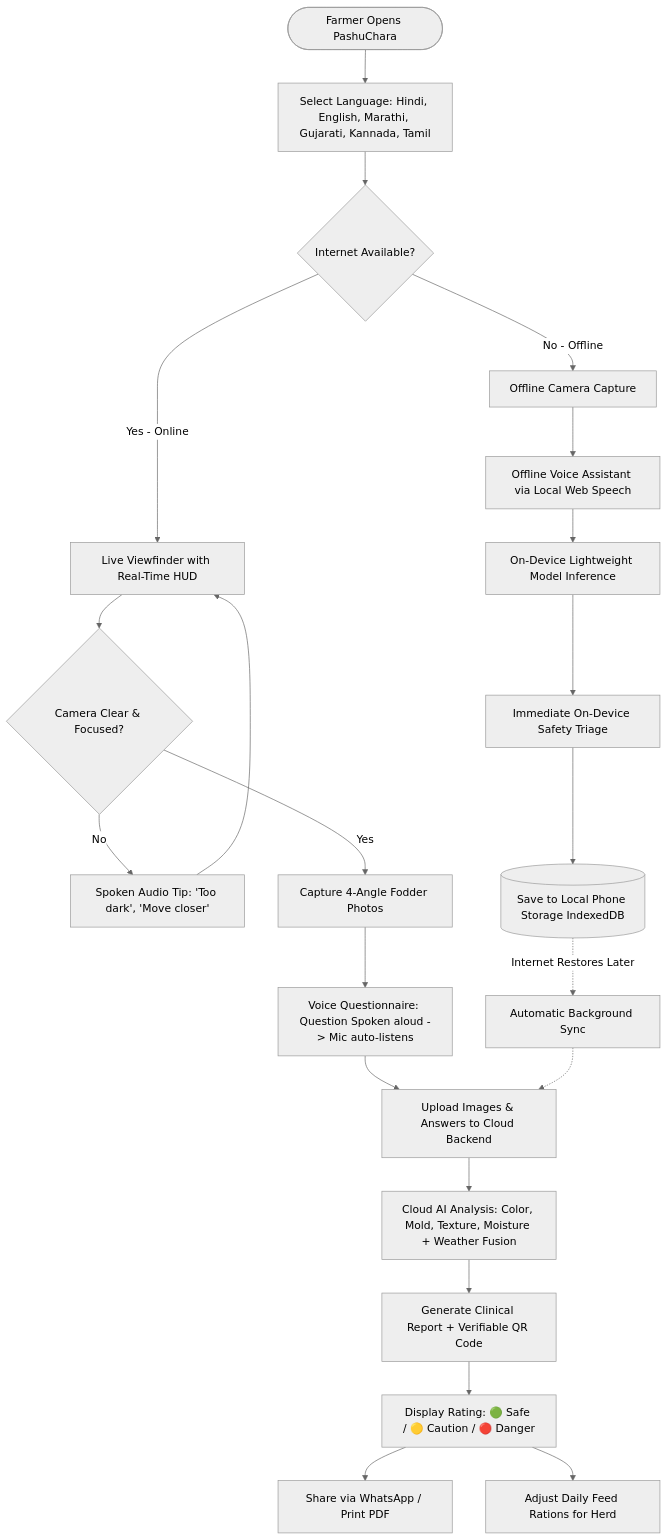
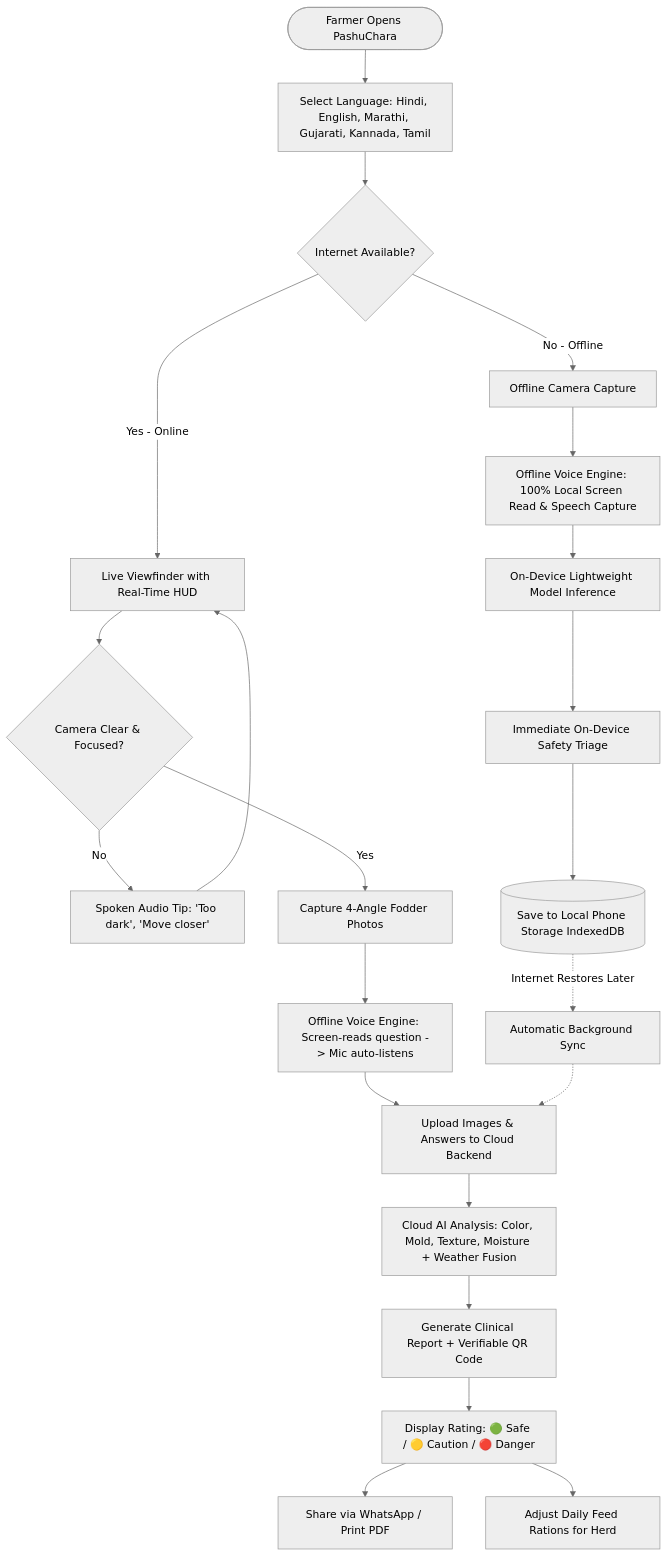
The first of 2 diagrams in README.md (god-the-coder/SIH-PashuChara), drawn with Mermaid (neutral theme) before and after one commit. The commit also changed other lines of this file, not shown here.

Commit message:
docs: optimize system architecture layout aspect ratio and document self-made offline voice engine

````diff
--- a/README.md
+++ b/README.md
@@ -103,30 +105,30 @@
 ```mermaid
 flowchart TD
     Start([Farmer Opens PashuChara]) --> Lang[Select Language: Hindi, English, Marathi, Gujarati, Kannada, Tamil]
     Lang --> ConnCheck{Internet Available?}
 
     %% ONLINE PATH
     ConnCheck -->|Yes - Online| CameraHUD[Live Viewfinder with Real-Time HUD]
     CameraHUD --> HUDCheck{Camera Clear & Focused?}
     HUDCheck -->|No| VoiceWarning[Spoken Audio Tip: 'Too dark', 'Move closer']
     VoiceWarning --> CameraHUD
     HUDCheck -->|Yes| Capture[Capture 4-Angle Fodder Photos]
-    Capture --> VoiceQ[Voice Questionnaire: Question Spoken aloud -> Mic auto-listens]
+    Capture --> VoiceQ[Offline Voice Engine: Screen-reads question -> Mic auto-listens]
     VoiceQ --> Upload[Upload Images & Answers to Cloud Backend]
     Upload --> CloudAI[Cloud AI Analysis: Color, Mold, Texture, Moisture + Weather Fusion]
     CloudAI --> Report[Generate Clinical Report + Verifiable QR Code]
     Report --> FinalResult[Display Rating: 🟢 Safe / 🟡 Caution / 🔴 Danger]
 
     %% OFFLINE PATH
     ConnCheck -->|No - Offline| OffCam[Offline Camera Capture]
-    OffCam --> OffVoice[Offline Voice Assistant via Local Web Speech]
+    OffCam --> OffVoice[Offline Voice Engine: 100% Local Screen Read & Speech Capture]
     OffVoice --> LocalInference[On-Device Lightweight Model Inference]
     LocalInference --> LocalRating[Immediate On-Device Safety Triage]
     LocalRating --> SaveLocal[(Save to Local Phone Storage IndexedDB)]
     SaveLocal -.->|Internet Restores Later| AutoSync[Automatic Background Sync]
     AutoSync -.-> Upload
 
     %% ACTIONS
     FinalResult --> Share[Share via WhatsApp / Print PDF]
     FinalResult --> Rations[Adjust Daily Feed Rations for Herd]
 ```
````
